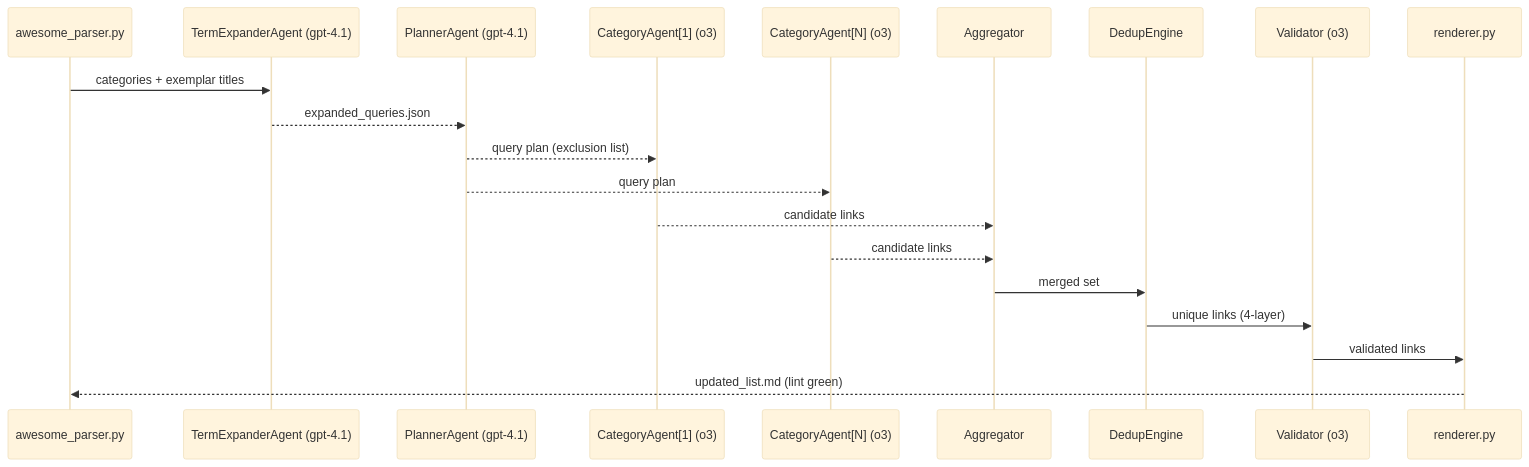
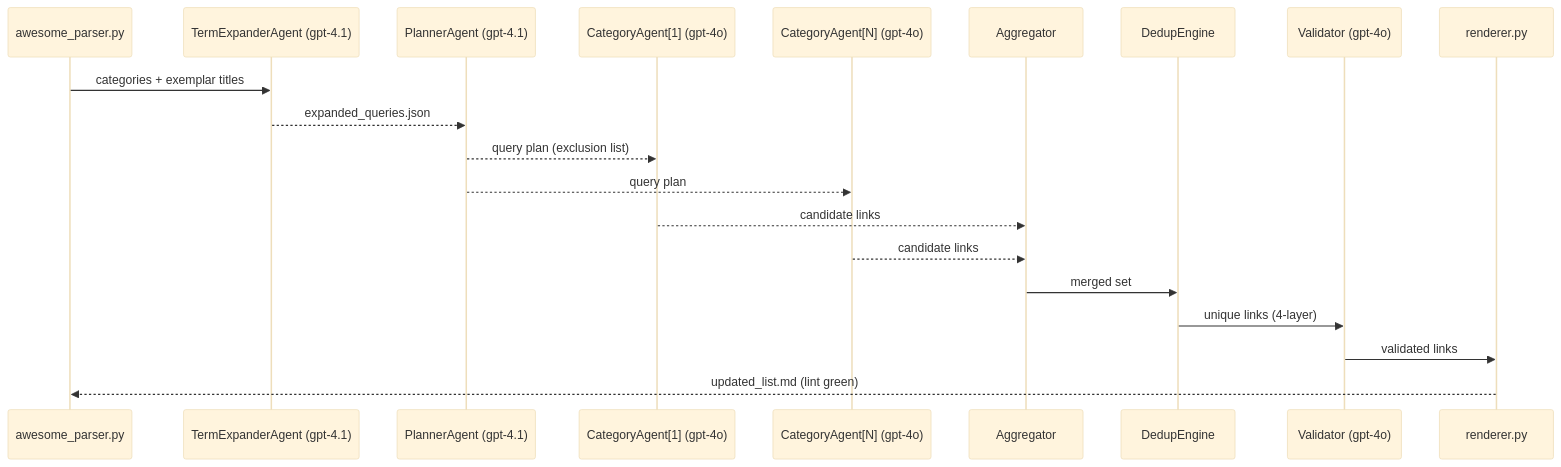
Before and after one commit to krzemienski/awesome-researcher: the diagram in README.md, drawn with Mermaid (base theme). The commit also changed other lines of this file and 9 other files, not shown here.

````diff
--- a/README.md
+++ b/README.md
@@ -103,23 +103,23 @@
 ```mermaid
 sequenceDiagram
     participant Parser   as awesome_parser.py
     participant Expander as TermExpanderAgent (gpt‑4.1)
     participant Planner  as PlannerAgent (gpt‑4.1)
-    participant Cat1     as CategoryAgent[1] (o3)
-    participant CatN     as CategoryAgent[N] (o3)
+    participant Cat1     as CategoryAgent[1] (gpt-4o)
+participant CatN     as CategoryAgent[N] (gpt-4o)
     participant Agg      as Aggregator
     participant Dedup    as DedupEngine
-    participant Val      as Validator (o3)
+    participant Val      as Validator (gpt-4o)
     participant Rend     as renderer.py
 
     Parser->>Expander: categories + exemplar titles
     Expander-->>Planner: expanded_queries.json
     Planner-->>Cat1: query plan (exclusion list)
     Planner-->>CatN: query plan
     Cat1-->>Agg: candidate links
     CatN-->>Agg: candidate links
     Agg->>Dedup: merged set
     Dedup->>Val: unique links (4‑layer)
     Val->>Rend: validated links
     Rend-->>Parser: updated_list.md (lint green)
 ```
````
